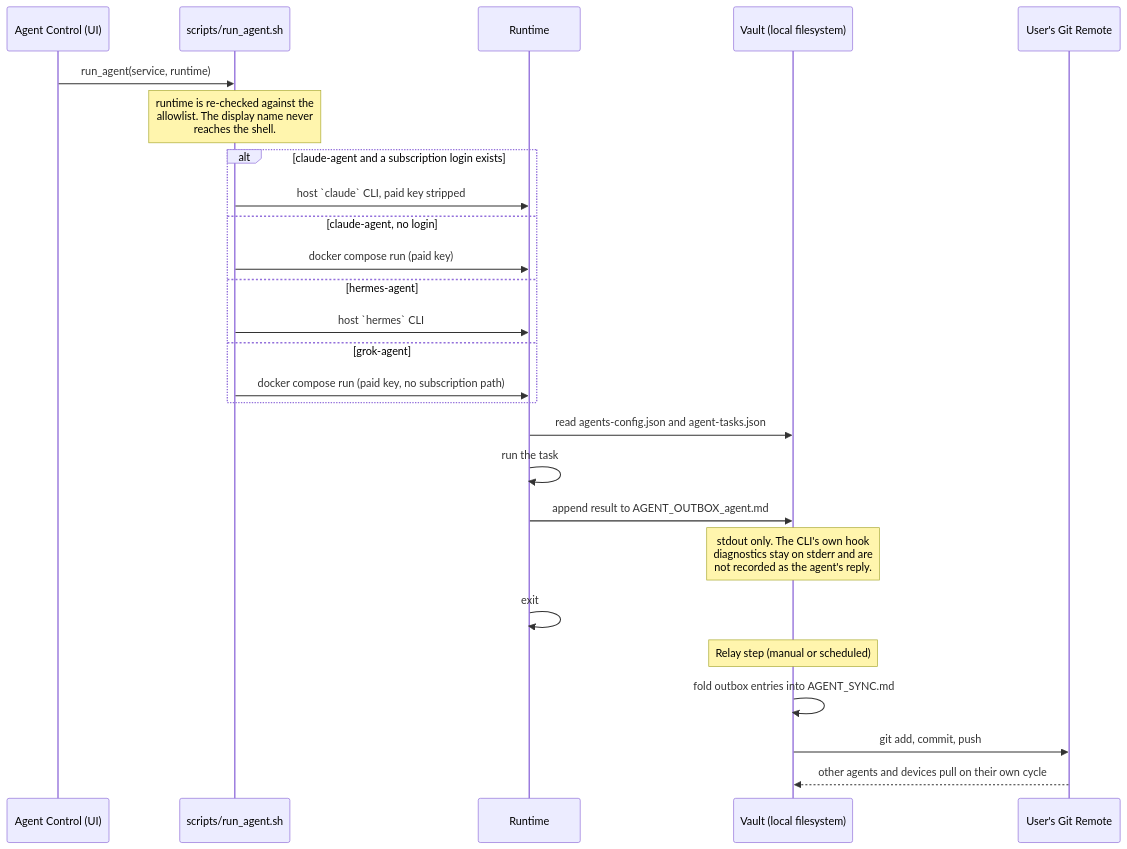
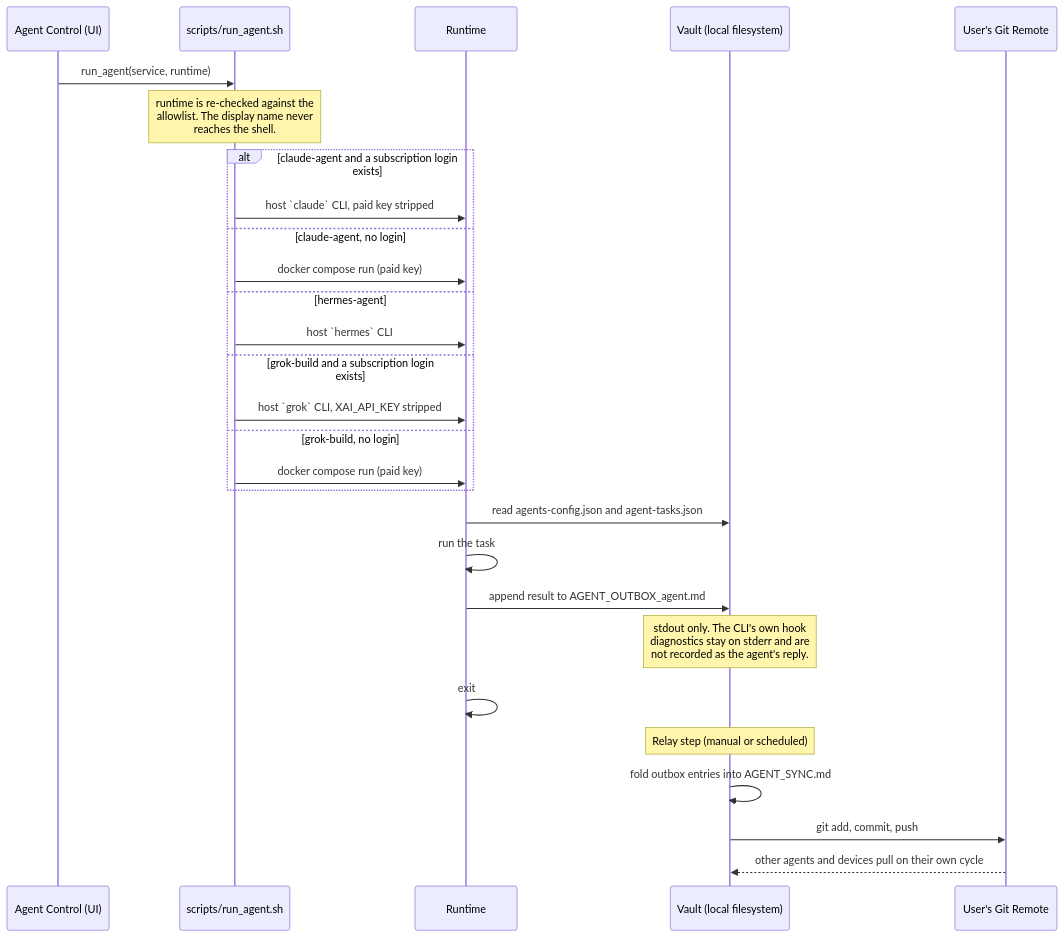
The fourth of 7 diagrams in ARCHITECTURE.md (jacobcowanr/ValhallaAI), drawn with Mermaid before and after one commit. The commit also changed other lines of this file and 10 other files, not shown here.

````diff
--- a/ARCHITECTURE.md
+++ b/ARCHITECTURE.md
@@ -354,30 +354,32 @@
 ```mermaid
 sequenceDiagram
     participant AC as Agent Control (UI)
     participant S as scripts/run_agent.sh
     participant RT as Runtime
     participant V as Vault (local filesystem)
     participant G as User's Git Remote
 
     AC->>S: run_agent(service, runtime)
     Note over S: runtime is re-checked against the<br/>allowlist. The display name never<br/>reaches the shell.
     alt claude-agent and a subscription login exists
         S->>RT: host `claude` CLI, paid key stripped
     else claude-agent, no login
         S->>RT: docker compose run (paid key)
     else hermes-agent
         S->>RT: host `hermes` CLI
-    else grok-agent
-        S->>RT: docker compose run (paid key, no subscription path)
+    else grok-build and a subscription login exists
+        S->>RT: host `grok` CLI, XAI_API_KEY stripped
+    else grok-build, no login
+        S->>RT: docker compose run (paid key)
     end
     RT->>V: read agents-config.json and agent-tasks.json
     RT->>RT: run the task
     RT->>V: append result to AGENT_OUTBOX_agent.md
     Note over V: stdout only. The CLI's own hook<br/>diagnostics stay on stderr and are<br/>not recorded as the agent's reply.
     RT->>RT: exit
 
     Note over V: Relay step (manual or scheduled)
     V->>V: fold outbox entries into AGENT_SYNC.md
     V->>G: git add, commit, push
     G-->>V: other agents and devices pull on their own cycle
 ```
````
